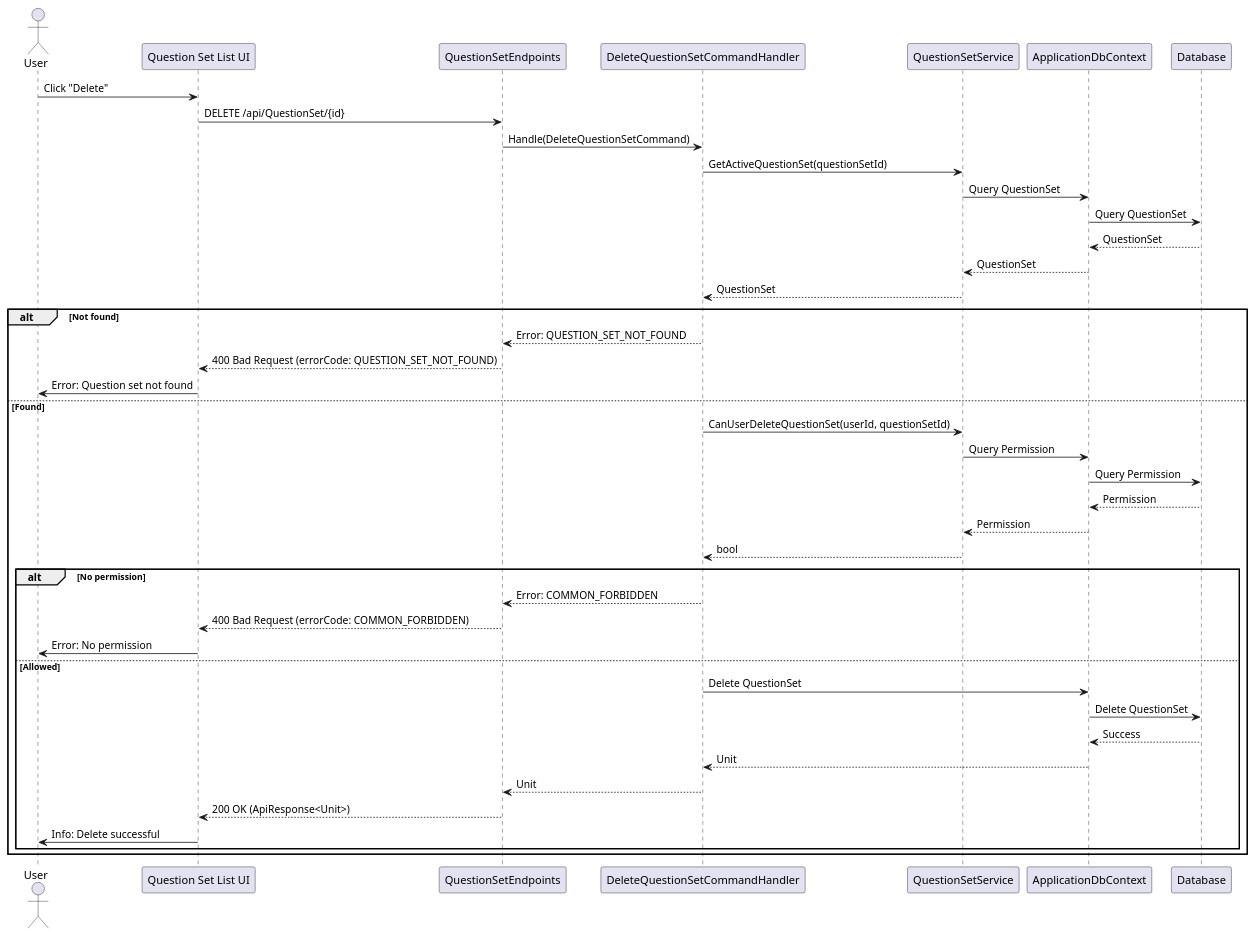
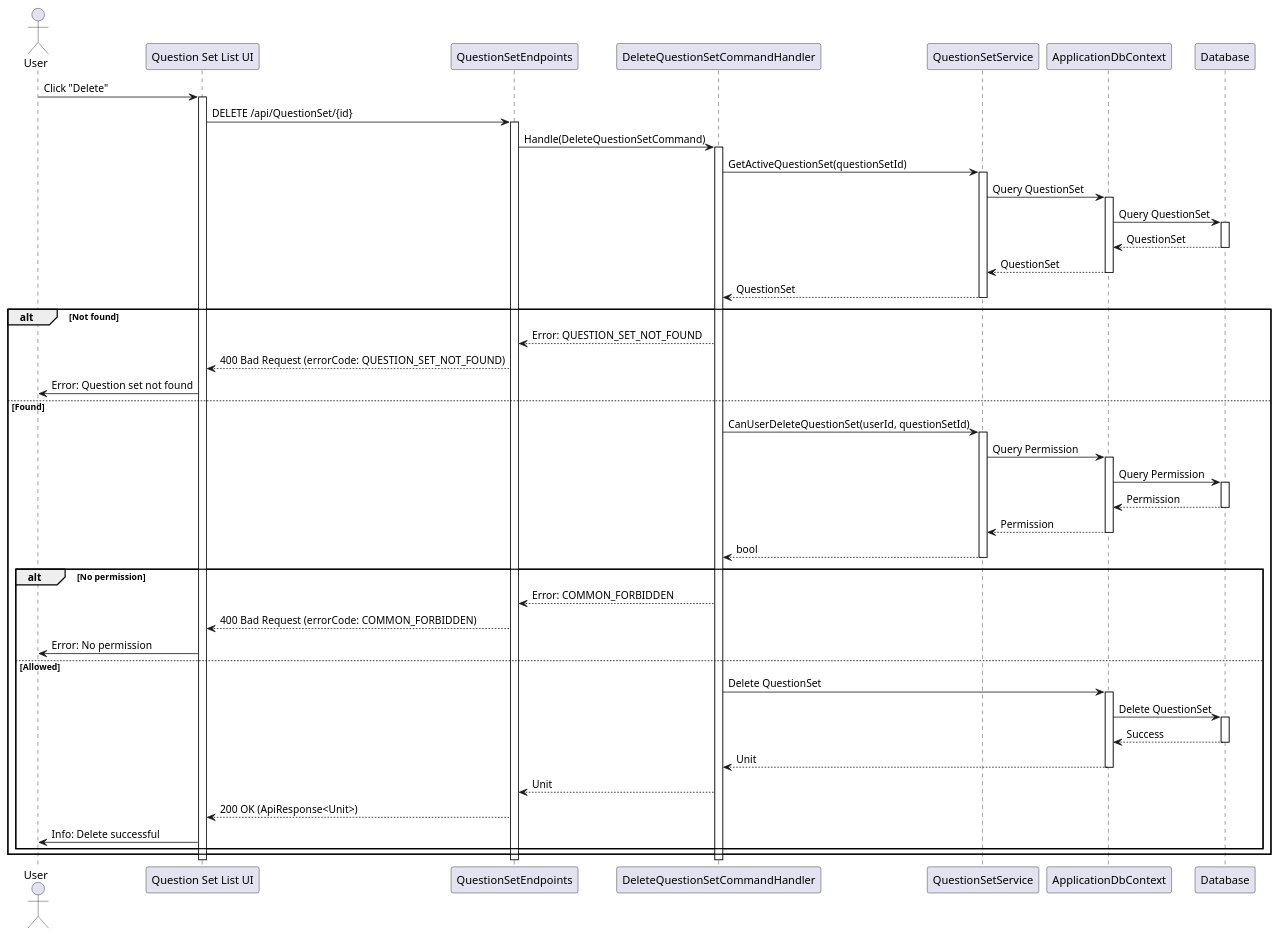
One commit to thanhkhac/SEP_Diagram changed the diagram in QuestionSets/Sequence/DeleteQuestionSetCommand.puml. Above: the diagram before and after it, drawn with PlantUML. The commit also changed 52 other files, not shown here.

Commit message:
Add UI activation/deactivation to sequence diagrams

```diff
--- a/QuestionSets/Sequence/DeleteQuestionSetCommand.puml
+++ b/QuestionSets/Sequence/DeleteQuestionSetCommand.puml
@@ -1,44 +1,66 @@
 @startuml
 actor User
 participant "Question Set List UI" as UI
 participant QuestionSetEndpoints
 participant DeleteQuestionSetCommandHandler as Handler
 participant QuestionSetService
 participant ApplicationDbContext
 participant Database
 
 User -> UI : Click "Delete"
+activate UI
 UI -> QuestionSetEndpoints : DELETE /api/QuestionSet/{id}
+activate QuestionSetEndpoints
 QuestionSetEndpoints -> Handler : Handle(DeleteQuestionSetCommand)
+activate Handler
 Handler -> QuestionSetService : GetActiveQuestionSet(questionSetId)
+activate QuestionSetService
 QuestionSetService -> ApplicationDbContext : Query QuestionSet
+activate ApplicationDbContext
 ApplicationDbContext -> Database : Query QuestionSet
+activate Database
 Database --> ApplicationDbContext : QuestionSet
+deactivate Database
 ApplicationDbContext --> QuestionSetService : QuestionSet
+deactivate ApplicationDbContext
 QuestionSetService --> Handler : QuestionSet
+deactivate QuestionSetService
 alt Not found
     Handler --> QuestionSetEndpoints : Error: QUESTION_SET_NOT_FOUND
     QuestionSetEndpoints --> UI : 400 Bad Request (errorCode: QUESTION_SET_NOT_FOUND)
     UI -> User : Error: Question set not found
 else Found
     Handler -> QuestionSetService : CanUserDeleteQuestionSet(userId, questionSetId)
+    activate QuestionSetService
     QuestionSetService -> ApplicationDbContext : Query Permission
+    activate ApplicationDbContext
     ApplicationDbContext -> Database : Query Permission
+    activate Database
     Database --> ApplicationDbContext : Permission
+    deactivate Database
     ApplicationDbContext --> QuestionSetService : Permission
+    deactivate ApplicationDbContext
     QuestionSetService --> Handler : bool
+    deactivate QuestionSetService
     alt No permission
         Handler --> QuestionSetEndpoints : Error: COMMON_FORBIDDEN
         QuestionSetEndpoints --> UI : 400 Bad Request (errorCode: COMMON_FORBIDDEN)
         UI -> User : Error: No permission
     else Allowed
         Handler -> ApplicationDbContext : Delete QuestionSet
+        activate ApplicationDbContext
         ApplicationDbContext -> Database : Delete QuestionSet
+        activate Database
         Database --> ApplicationDbContext : Success
+        deactivate Database
         ApplicationDbContext --> Handler : Unit
+        deactivate ApplicationDbContext
         Handler --> QuestionSetEndpoints : Unit
         QuestionSetEndpoints --> UI : 200 OK (ApiResponse<Unit>)
         UI -> User : Info: Delete successful
     end
 end
-@enduml 
+deactivate Handler
+deactivate QuestionSetEndpoints
+deactivate UI
+@enduml
```
